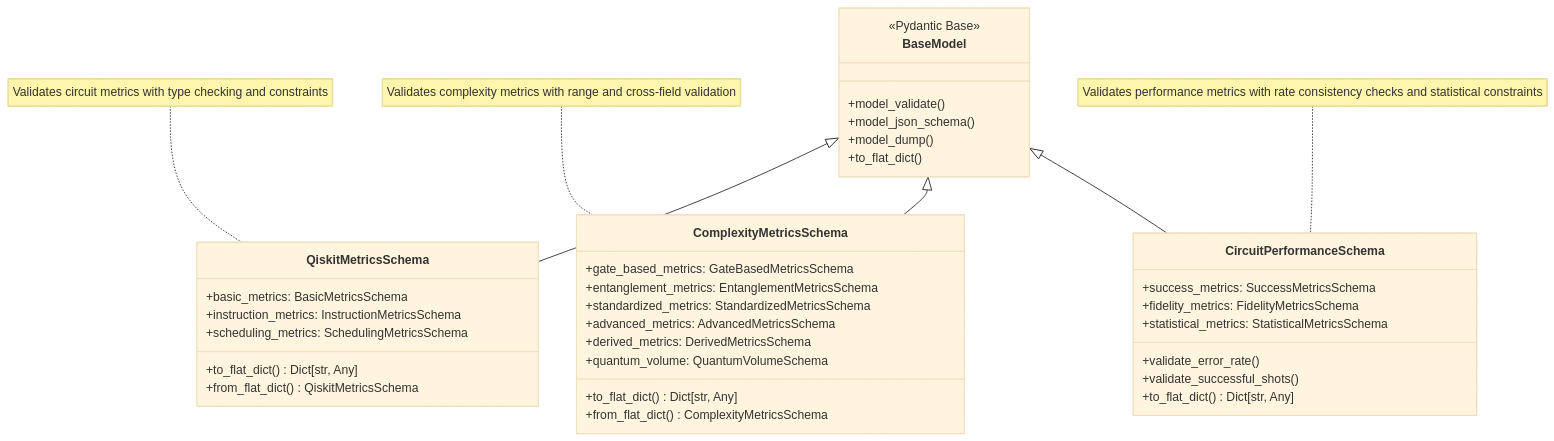
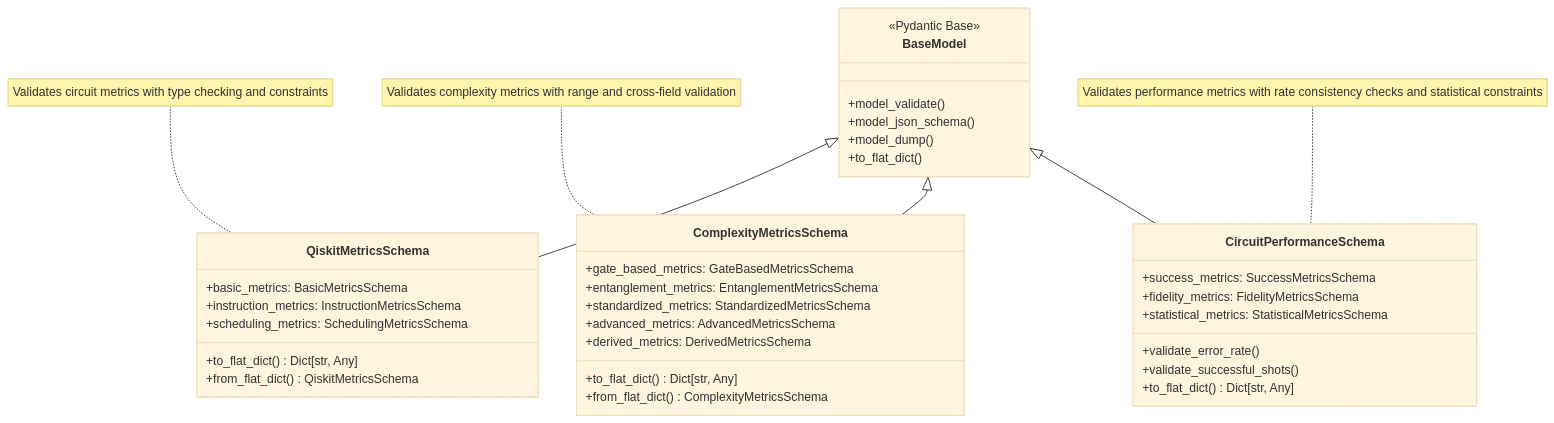
The second of 4 diagrams in docs/architecture.md (xthecapx/qiskit-qward), drawn with Mermaid (base theme) before and after one commit. The commit also changed other lines of this file and 15 other files, not shown here.

First line of the commit message:
Refactor architecture and documentation for unified schema-based metrics

````diff
--- a/docs/architecture.md
+++ b/docs/architecture.md
@@ -92,50 +92,49 @@
 ```{mermaid}
 classDiagram
     %% Schema Validation Architecture
     
     class BaseModel {
         <<Pydantic Base>>
         +model_validate()
         +model_json_schema()
         +model_dump()
         +to_flat_dict()
     }
     
     class QiskitMetricsSchema {
         +basic_metrics: BasicMetricsSchema
         +instruction_metrics: InstructionMetricsSchema
         +scheduling_metrics: SchedulingMetricsSchema
         +to_flat_dict() Dict[str, Any]
         +from_flat_dict() QiskitMetricsSchema
     }
     
     class ComplexityMetricsSchema {
         +gate_based_metrics: GateBasedMetricsSchema
         +entanglement_metrics: EntanglementMetricsSchema
         +standardized_metrics: StandardizedMetricsSchema
         +advanced_metrics: AdvancedMetricsSchema
         +derived_metrics: DerivedMetricsSchema
-        +quantum_volume: QuantumVolumeSchema
         +to_flat_dict() Dict[str, Any]
         +from_flat_dict() ComplexityMetricsSchema
     }
     
     class CircuitPerformanceSchema {
         +success_metrics: SuccessMetricsSchema
         +fidelity_metrics: FidelityMetricsSchema
         +statistical_metrics: StatisticalMetricsSchema
         +validate_error_rate()
         +validate_successful_shots()
         +to_flat_dict() Dict[str, Any]
     }
 
     %% Inheritance
     BaseModel <|-- QiskitMetricsSchema
     BaseModel <|-- ComplexityMetricsSchema
     BaseModel <|-- CircuitPerformanceSchema
 
     %% Validation Features
     note for QiskitMetricsSchema "Validates circuit metrics with type checking and constraints"
     note for ComplexityMetricsSchema "Validates complexity metrics with range and cross-field validation"
     note for CircuitPerformanceSchema "Validates performance metrics with rate consistency checks and statistical constraints"
 ```
````
